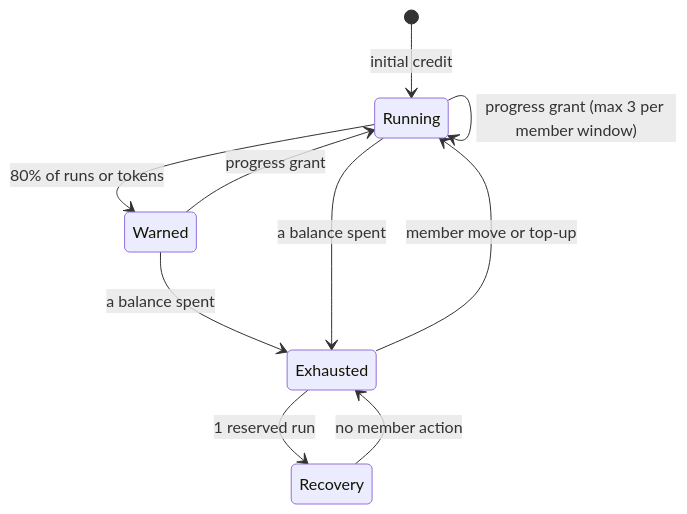
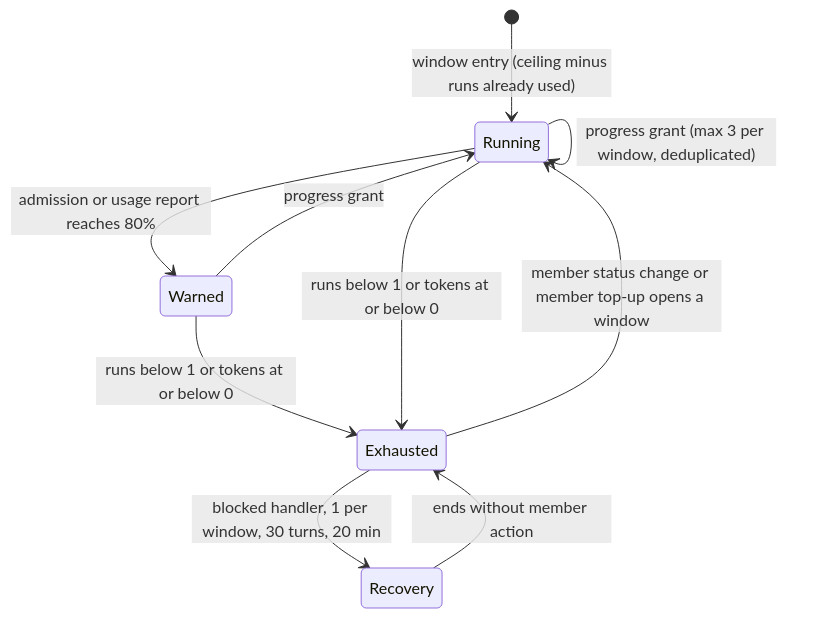
One commit to cheese-work/multica changed the diagram in docs/plans/CHE-2297-run-budget.md. Above: the diagram before and after it, drawn with Mermaid. The commit also changed other lines of this file, not shown here.

````diff
--- a/docs/plans/CHE-2297-run-budget.md
+++ b/docs/plans/CHE-2297-run-budget.md
@@ -48,12 +137,12 @@
 ```mermaid
 stateDiagram-v2
-  [*] --> Running: initial credit
-  Running --> Warned: 80% of runs or tokens
-  Running --> Running: progress grant (max 3 per member window)
+  [*] --> Running: window entry (ceiling minus runs already used)
+  Running --> Warned: admission or usage report reaches 80%
+  Running --> Running: progress grant (max 3 per window, deduplicated)
   Warned --> Running: progress grant
-  Warned --> Exhausted: a balance spent
-  Running --> Exhausted: a balance spent
-  Exhausted --> Recovery: 1 reserved run
-  Recovery --> Exhausted: no member action
-  Exhausted --> Running: member move or top-up
+  Warned --> Exhausted: runs below 1 or tokens at or below 0
+  Running --> Exhausted: runs below 1 or tokens at or below 0
+  Exhausted --> Recovery: blocked handler, 1 per window, 30 turns, 20 min
+  Recovery --> Exhausted: ends without member action
+  Exhausted --> Running: member status change or member top-up opens a window
 ```
````
